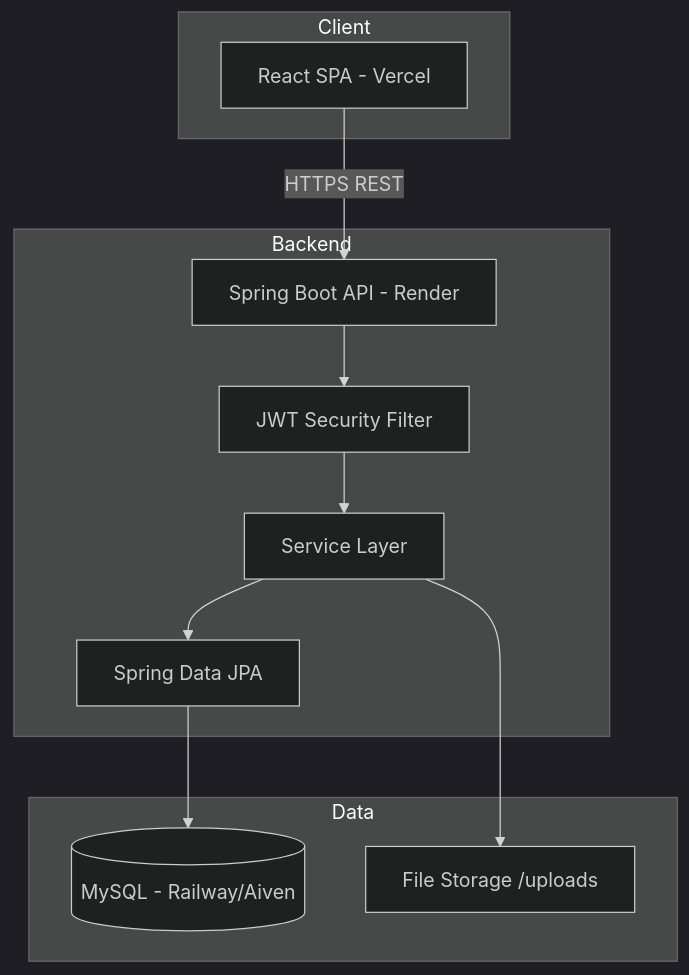
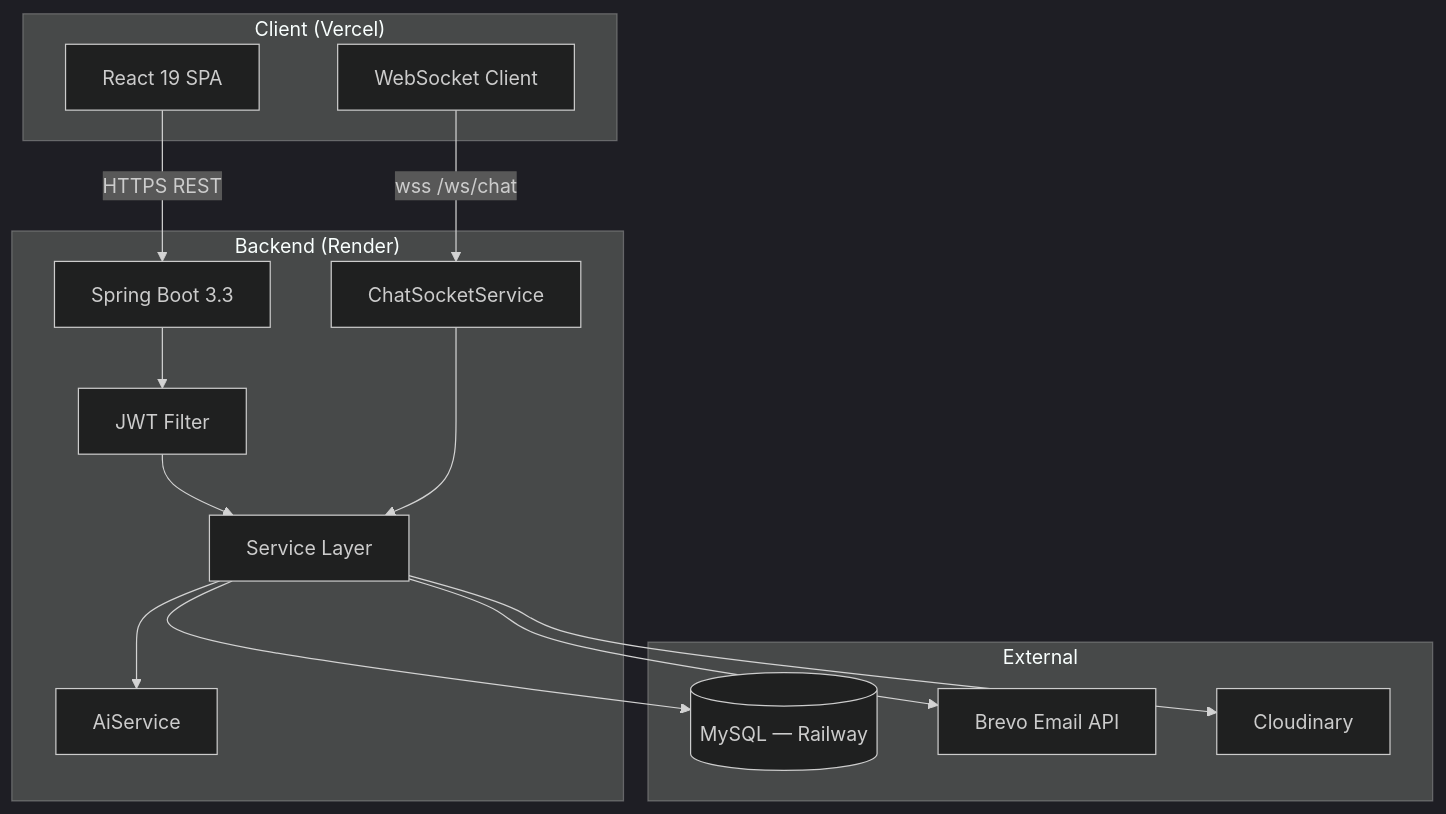
The first of 4 diagrams in docs/ARCHITECTURE.md (manisai03/Globalco), drawn with Mermaid (dark theme) before and after one commit. The commit also changed other lines of this file and 7 other files, not shown here.

````diff
--- a/docs/ARCHITECTURE.md
+++ b/docs/ARCHITECTURE.md
@@ -5,22 +9,30 @@
 ```mermaid
 flowchart TB
-    subgraph Client
-        FE[React SPA - Vercel]
+    subgraph Client["Client (Vercel)"]
+        FE[React 19 SPA]
+        WS[WebSocket Client]
     end
 
-    subgraph Backend
-        API[Spring Boot API - Render]
-        SEC[JWT Security Filter]
+    subgraph Backend["Backend (Render)"]
+        API[Spring Boot 3.3]
+        SEC[JWT Filter]
         SVC[Service Layer]
-        JPA[Spring Data JPA]
+        AI[AiService]
+        CHAT[ChatSocketService]
     end
 
-    subgraph Data
-        DB[(MySQL - Railway/Aiven)]
-        FS[File Storage /uploads]
+    subgraph External
+        DB[(MySQL — Railway)]
+        BREVO[Brevo Email API]
+        CLD[Cloudinary]
     end
 
     FE -->|HTTPS REST| API
-    API --> SEC --> SVC --> JPA --> DB
-    SVC --> FS
+    WS -->|wss /ws/chat| CHAT
+    API --> SEC --> SVC
+    SVC --> AI
+    SVC --> DB
+    SVC --> BREVO
+    SVC --> CLD
+    CHAT --> SVC
 ```
````
